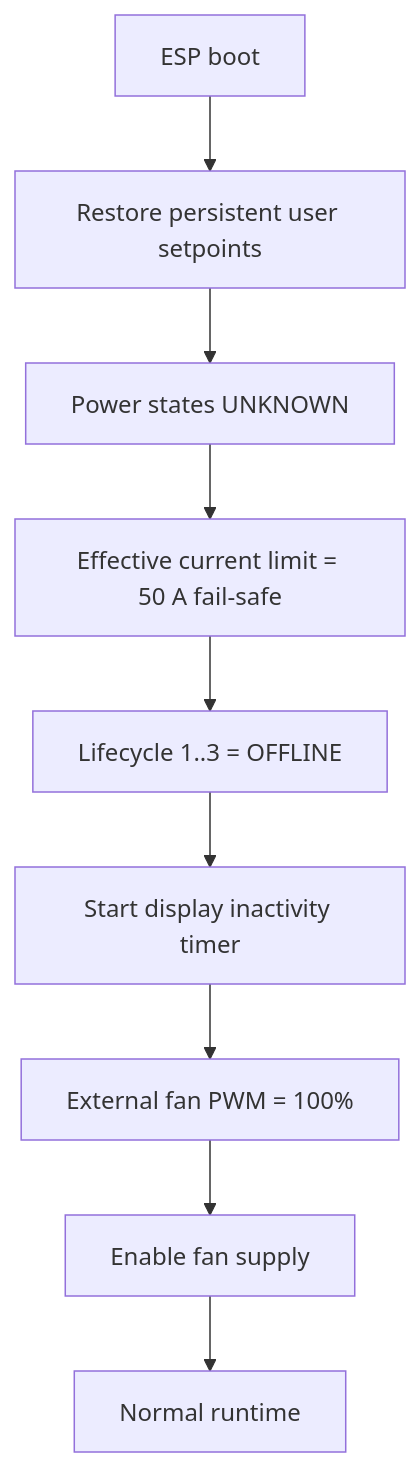
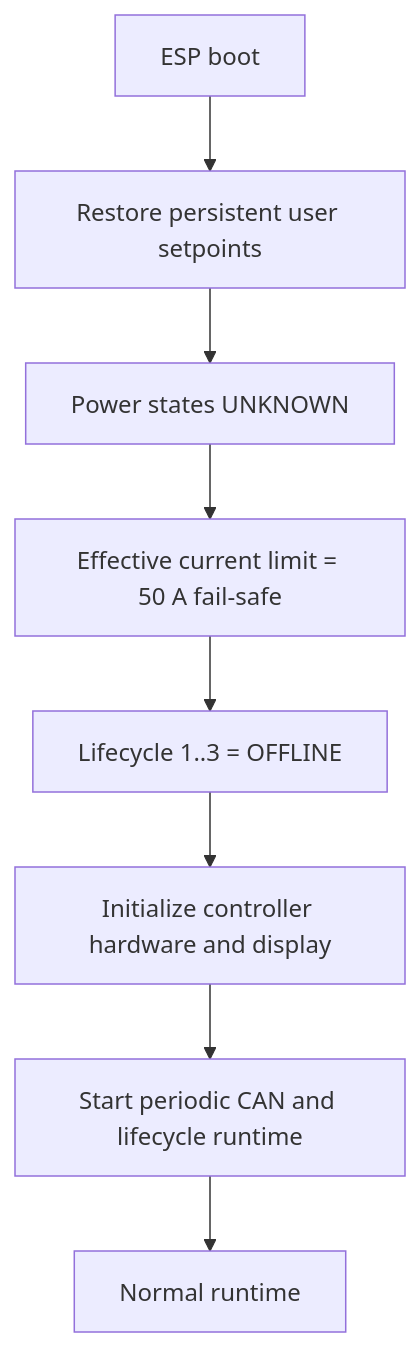
One commit to anwa/esphome-r4875g1-3phase-charger changed the third of 4 diagrams in R4875G1_CONTROL_FLOWS.md. Above: the diagram before and after it, drawn with Mermaid. The commit also changed other lines of this file and 1 other file, not shown here.

First line of the commit message:
Update V5 control-flow and Markdown documentation rules

````diff
--- a/R4875G1_CONTROL_FLOWS.md
+++ b/R4875G1_CONTROL_FLOWS.md
@@ -88,11 +106,10 @@
 ```mermaid
 flowchart TD
     A[ESP boot] --> B[Restore persistent user setpoints]
     B --> C[Power states UNKNOWN]
     C --> D[Effective current limit = 50 A fail-safe]
     D --> E[Lifecycle 1..3 = OFFLINE]
-    E --> F[Start display inactivity timer]
-    F --> G[External fan PWM = 100%]
-    G --> H[Enable fan supply]
-    H --> I[Normal runtime]
+    E --> F[Initialize controller hardware and display]
+    F --> G[Start periodic CAN and lifecycle runtime]
+    G --> H[Normal runtime]
 ```
````
